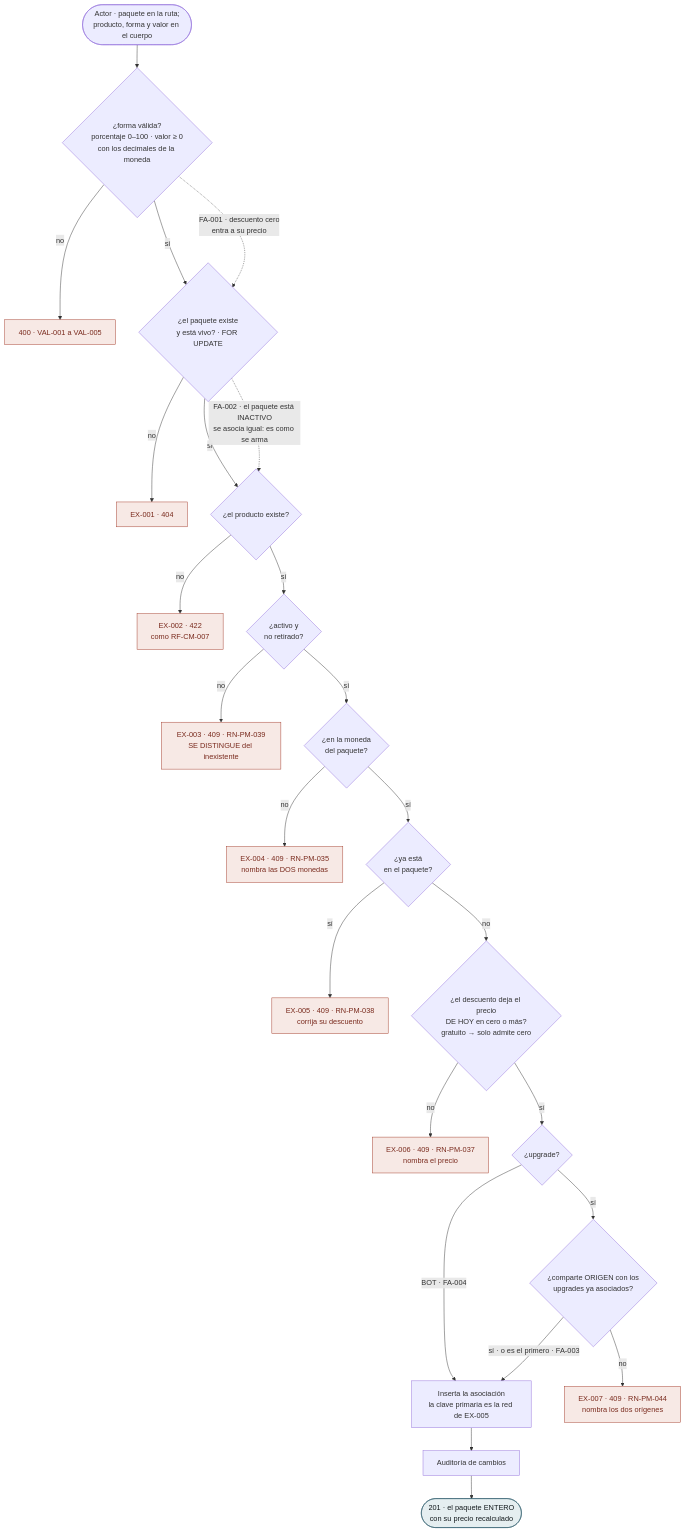
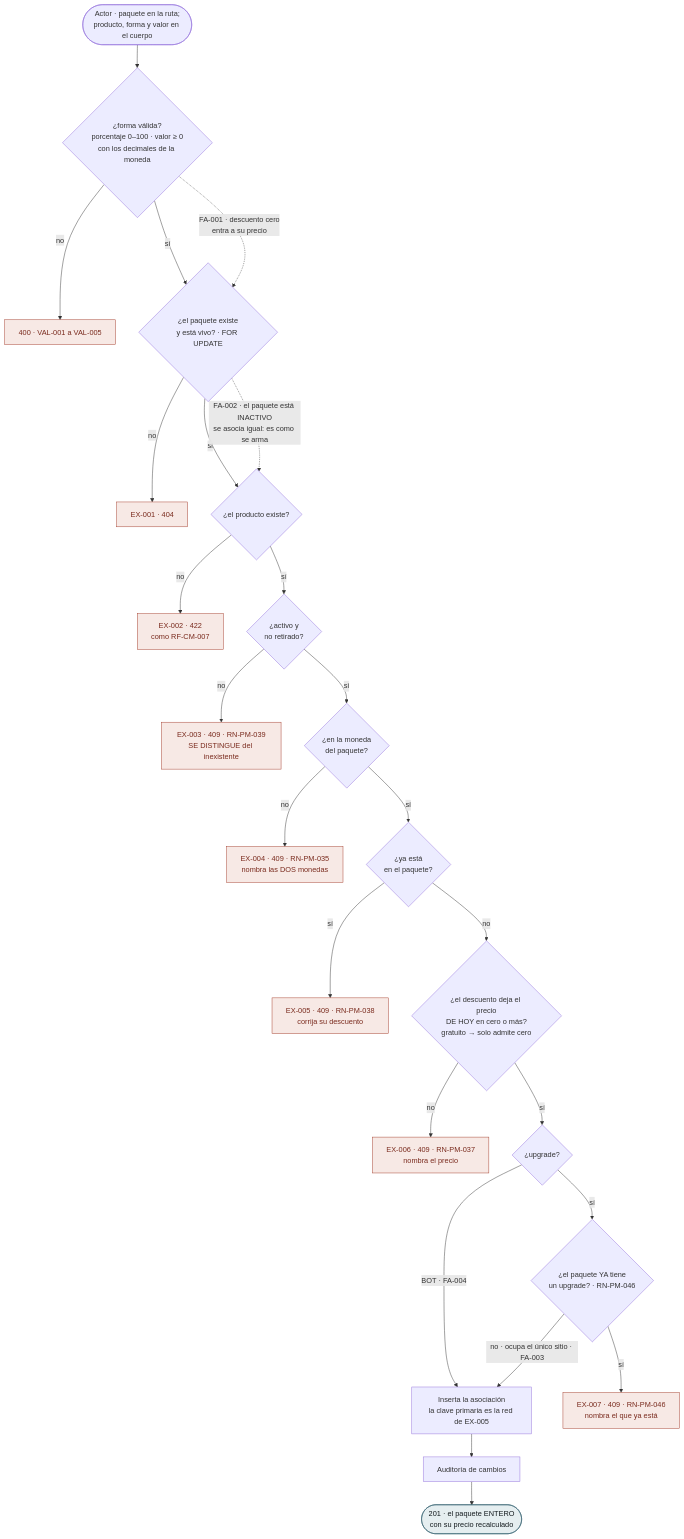
The ninth of 18 diagrams in docs/flujos/pm/flujos-por-caso.md (NexusPro-Dev/backend), drawn with Mermaid before and after one commit. The commit also changed other lines of this file and 22 other files, not shown here.

````diff
--- a/docs/flujos/pm/flujos-por-caso.md
+++ b/docs/flujos/pm/flujos-por-caso.md
@@ -319,32 +319,32 @@
 ```mermaid
 flowchart TD
     A(["Actor · paquete en la ruta;<br/>producto, forma y valor en el cuerpo"])
     A --> V0{"¿forma válida?<br/>porcentaje 0–100 · valor ≥ 0<br/>con los decimales de la moneda"}
     V0 -->|no| E0["400 · VAL-001 a VAL-005"]
     V0 -->|sí| V1{"¿el paquete existe<br/>y está vivo? · FOR UPDATE"}
     V1 -->|no| E1["EX-001 · 404"]
     V1 -->|sí| V2{"¿el producto existe?"}
     V2 -->|no| E2["EX-002 · 422<br/>como RF-CM-007"]
     V2 -->|sí| V3{"¿activo y<br/>no retirado?"}
     V3 -->|no| E3["EX-003 · 409 · RN-PM-039<br/>SE DISTINGUE del inexistente"]
     V3 -->|sí| V4{"¿en la moneda<br/>del paquete?"}
     V4 -->|no| E4["EX-004 · 409 · RN-PM-035<br/>nombra las DOS monedas"]
     V4 -->|sí| V5{"¿ya está<br/>en el paquete?"}
     V5 -->|sí| E5["EX-005 · 409 · RN-PM-038<br/>corrija su descuento"]
     V5 -->|no| V6{"¿el descuento deja el precio<br/>DE HOY en cero o más?<br/>gratuito → solo admite cero"}
     V6 -->|no| E6["EX-006 · 409 · RN-PM-037<br/>nombra el precio"]
     V6 -->|sí| D{"¿upgrade?"}
     D -->|"BOT · FA-004"| P1
-    D -->|"sí"| V7{"¿comparte ORIGEN con los<br/>upgrades ya asociados?"}
-    V7 -->|no| E7["EX-007 · 409 · RN-PM-044<br/>nombra los dos orígenes"]
-    V7 -->|"sí · o es el primero · FA-003"| P1["Inserta la asociación<br/>la clave primaria es la red de EX-005"]
+    D -->|"sí"| V7{"¿el paquete YA tiene<br/>un upgrade? · RN-PM-046"}
+    V7 -->|sí| E7["EX-007 · 409 · RN-PM-046<br/>nombra el que ya está"]
+    V7 -->|"no · ocupa el único sitio · FA-003"| P1["Inserta la asociación<br/>la clave primaria es la red de EX-005"]
     P1 --> P2["Auditoría de cambios"]
     P2 --> FIN(["201 · el paquete ENTERO<br/>con su precio recalculado"])
     V0 -.->|"FA-001 · descuento cero<br/>entra a su precio"| V1
     V1 -.->|"FA-002 · el paquete está INACTIVO<br/>se asocia igual: es como se arma"| V2
 
     classDef ex fill:#F7E9E5,stroke:#A33B2A,color:#7A2B1E
     classDef ok fill:#E5EEF0,stroke:#2D5A6B,color:#141B1E
     class E0,E1,E2,E3,E4,E5,E6,E7 ex
     class FIN ok
 ```
````
